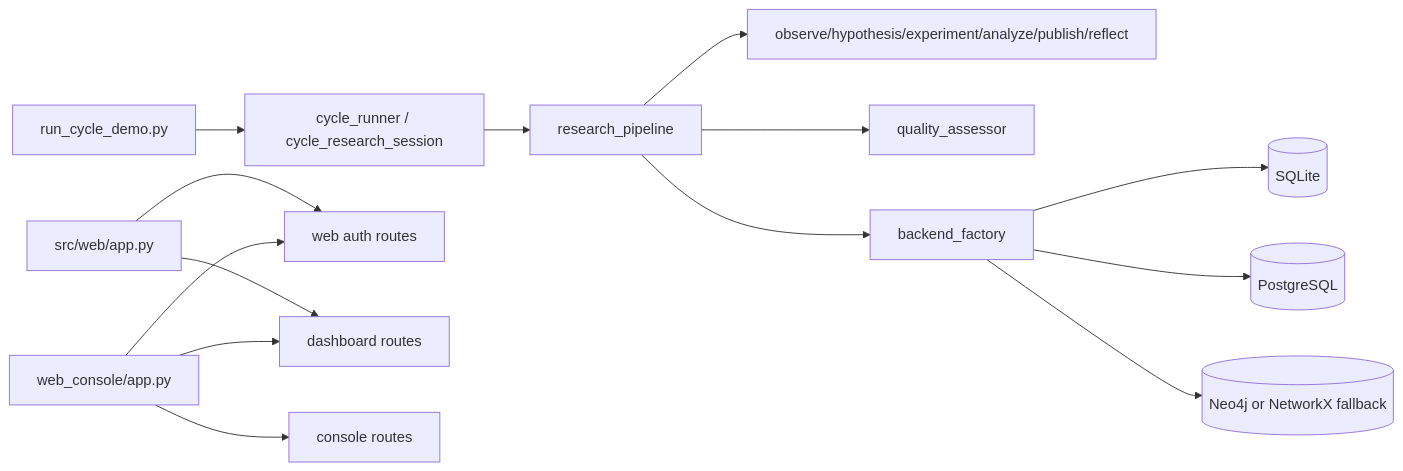
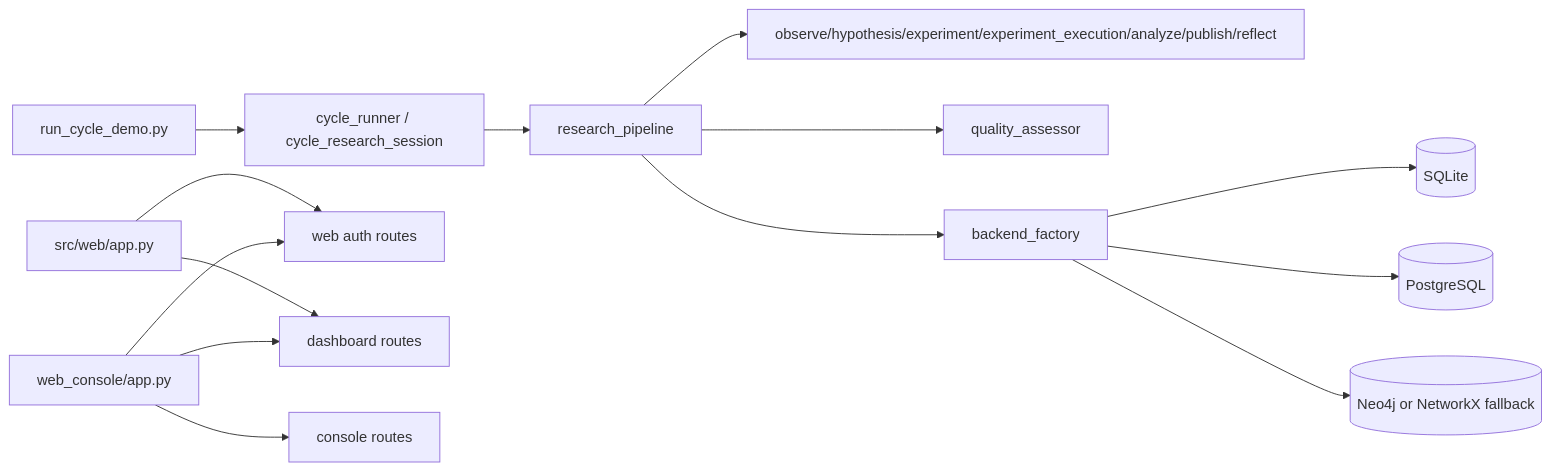
One commit to guose1314/tcmautoresearch changed the first of 3 diagrams in ARCHITECTURE_REDESIGN_2026_04_08.md. Above: the diagram before and after it, drawn with Mermaid. The commit also changed other lines of this file and 115 other files, not shown here.

````diff
--- a/ARCHITECTURE_REDESIGN_2026_04_08.md
+++ b/ARCHITECTURE_REDESIGN_2026_04_08.md
@@ -119,19 +130,19 @@
 ```mermaid
 flowchart LR
     CLI[run_cycle_demo.py] --> Cycle[cycle_runner / cycle_research_session]
     Cycle --> Pipeline[research_pipeline]
-    Pipeline --> Phases[observe/hypothesis/experiment/analyze/publish/reflect]
+   Pipeline --> Phases[observe/hypothesis/experiment/experiment_execution/analyze/publish/reflect]
 
     Pipeline --> Quality[quality_assessor]
     Pipeline --> Storage[backend_factory]
     Storage --> SQLite[(SQLite)]
     Storage --> Postgres[(PostgreSQL)]
     Storage --> Neo4j[(Neo4j or NetworkX fallback)]
 
     Web1[src/web/app.py] --> Auth[web auth routes]
     Web1 --> Dashboard[dashboard routes]
 
     Web2[web_console/app.py] --> Console[console routes]
     Web2 --> Auth
     Web2 --> Dashboard
 ```
````
